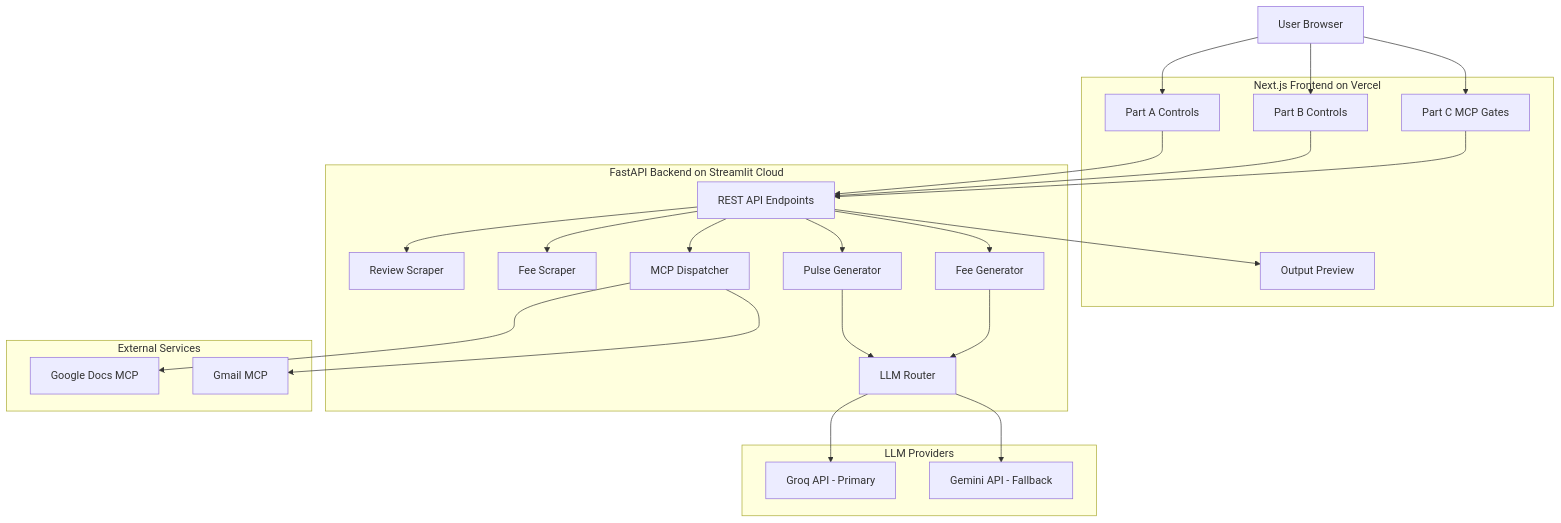
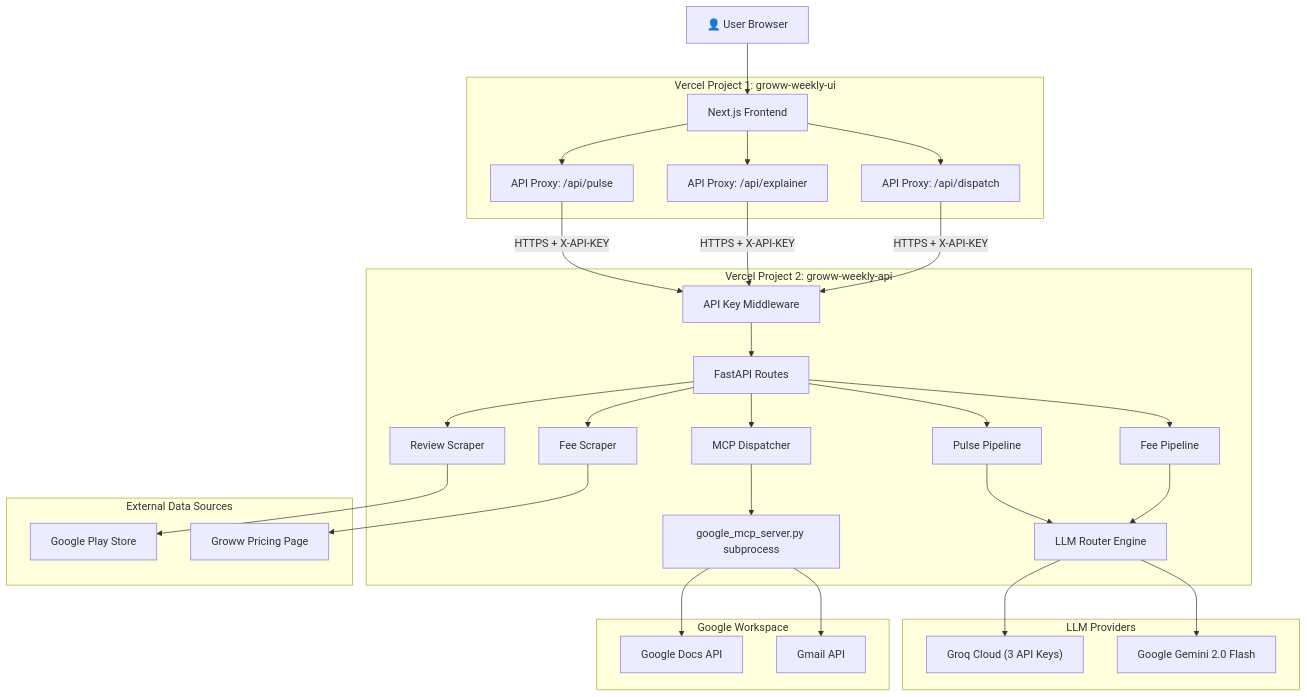
Before and after one commit to swayam-kr/M2_MCP_AI_Automation: the first of 11 diagrams in architecture.md, drawn with Mermaid. The commit also changed other lines of this file and 1 other file, not shown here.

Commit message:
Docs: rewrite architecture.md as portfolio playbook + create API_DOCS.md with endpoint specs, MCP protocol, and LLM internals

````diff
--- a/architecture.md
+++ b/architecture.md
@@ -33,50 +59,51 @@
 ```mermaid
 graph TD
-    USER["User Browser"]
+    USER["👤 User Browser"]
 
-    subgraph FRONTEND["Next.js Frontend on Vercel"]
-        PA["Part A Controls"]
-        PB["Part B Controls"]
-        PC["Part C MCP Gates"]
-        PREVIEW["Output Preview"]
+    subgraph VERCEL_FE["Vercel Project 1: groww-weekly-ui"]
+        FE["Next.js Frontend"]
+        PROXY_P["API Proxy: /api/pulse"]
+        PROXY_E["API Proxy: /api/explainer"]
+        PROXY_D["API Proxy: /api/dispatch"]
     end
 
-    subgraph BACKEND["FastAPI Backend on Streamlit Cloud"]
-        API["REST API Endpoints"]
+    subgraph VERCEL_BE["Vercel Project 2: groww-weekly-api"]
+        GUARD["API Key Middleware"]
+        API["FastAPI Routes"]
         REV_SCRAPE["Review Scraper"]
         FEE_SCRAPE["Fee Scraper"]
-        LLM["LLM Router"]
-        PULSE["Pulse Generator"]
-        FEE["Fee Generator"]
+        LLM["LLM Router Engine"]
+        PULSE["Pulse Pipeline"]
+        FEE["Fee Pipeline"]
         MCP["MCP Dispatcher"]
+        GSERVER["google_mcp_server.py subprocess"]
     end
 
     subgraph PROVIDERS["LLM Providers"]
-        GROQ["Groq API - Primary"]
-        GEMINI["Gemini API - Fallback"]
+        GROQ["Groq Cloud (3 API Keys)"]
+        GEMINI["Google Gemini 2.0 Flash"]
     end
 
-    subgraph EXTERNAL["External Services"]
-        GDOCS["Google Docs MCP"]
-        GMAIL["Gmail MCP"]
+    subgraph GOOGLE["Google Workspace"]
+        GDOCS["Google Docs API"]
+        GMAIL["Gmail API"]
     end
 
-    USER --> PA
-    USER --> PB
-    USER --> PC
-    PA --> API
-    PB --> API
-    PC --> API
-    API --> REV_SCRAPE
-    API --> FEE_SCRAPE
-    API --> PULSE
-    API --> FEE
-    API --> MCP
+    subgraph DATA["External Data Sources"]
+        PLAY["Google Play Store"]
+        GROWW["Groww Pricing Page"]
+    end
+
+    USER --> FE
+    FE --> PROXY_P & PROXY_E & PROXY_D
+    PROXY_P & PROXY_E & PROXY_D -->|"HTTPS + X-API-KEY"| GUARD
+    GUARD --> API
+    API --> REV_SCRAPE & FEE_SCRAPE & PULSE & FEE & MCP
+    REV_SCRAPE --> PLAY
+    FEE_SCRAPE --> GROWW
     PULSE --> LLM
     FEE --> LLM
-    LLM --> GROQ
-    LLM --> GEMINI
-    API --> PREVIEW
-    MCP --> GDOCS
-    MCP --> GMAIL
+    LLM --> GROQ & GEMINI
+    MCP --> GSERVER
+    GSERVER --> GDOCS & GMAIL
 ```
````
